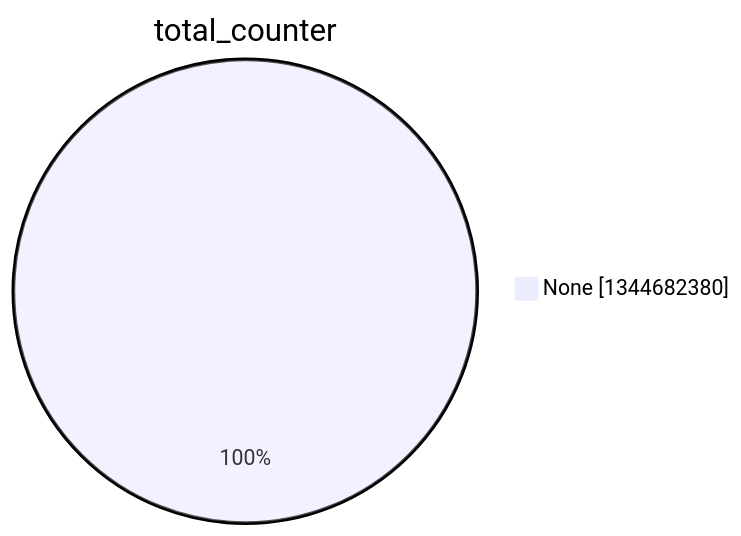
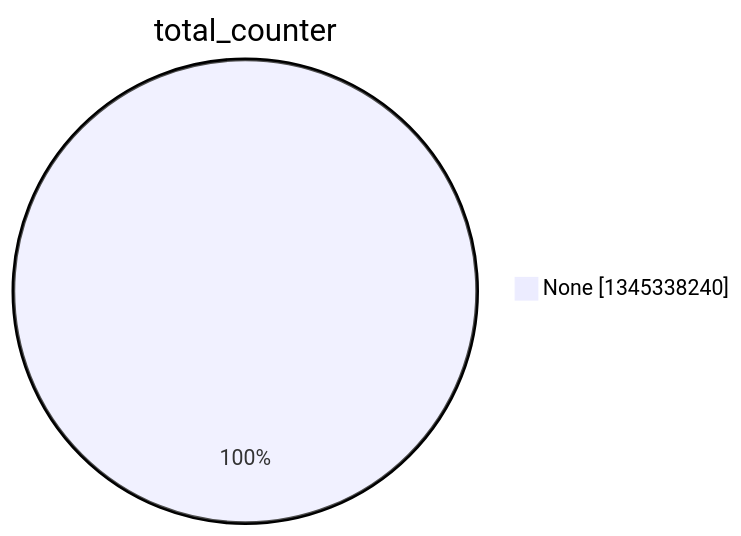
The second of 15 diagrams in argon2022/README.md (christiankrug/ctmonitor_visualization), drawn with Mermaid before and after one commit. The commit also changed other lines of this file, not shown here.

````diff
--- a/argon2022/README.md
+++ b/argon2022/README.md
@@ -9,5 +9,5 @@
 ```mermaid
 pie showData
 title total_counter
-"None" :1344682380
+"None" :1345338240
 ```
````
